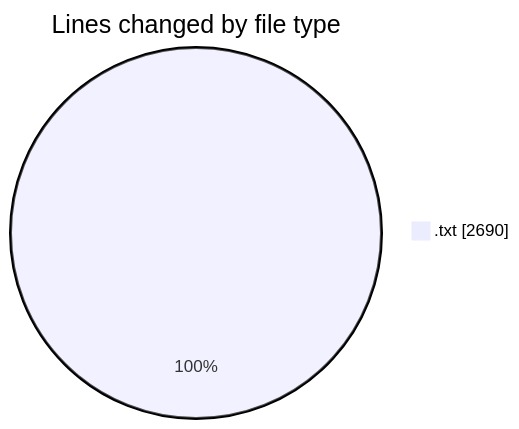
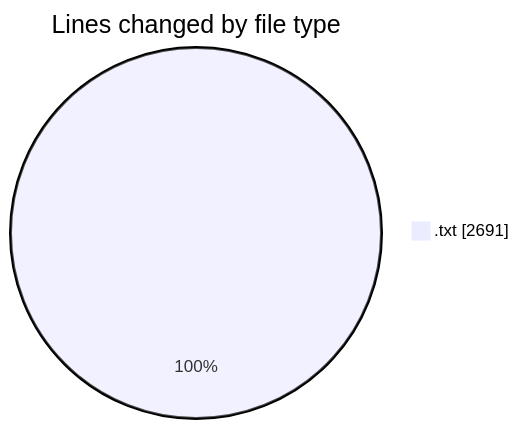
Before and after one commit to momahboobian/code-tracking: the first of 2 diagrams in 2025-02-16/iptv_moreel_me/README.md, drawn with Mermaid. The commit also changed other lines of this file and 1 other file, not shown here.

````diff
--- a/2025-02-16/iptv_moreel_me/README.md
+++ b/2025-02-16/iptv_moreel_me/README.md
@@ -20,5 +20,5 @@
 ```mermaid
 pie showData
 title Lines changed by file type
-".txt" : 2690
+".txt" : 2691
 ```
````
